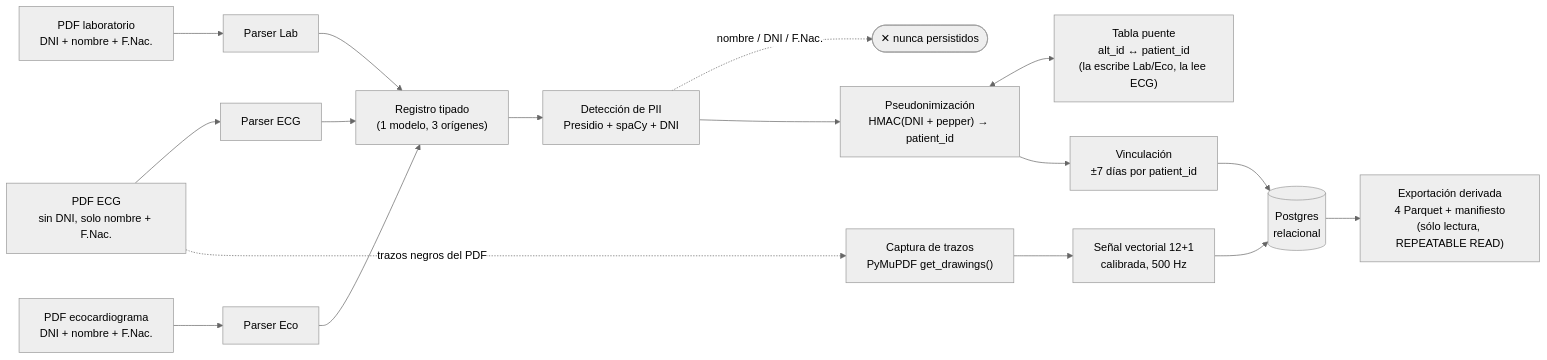
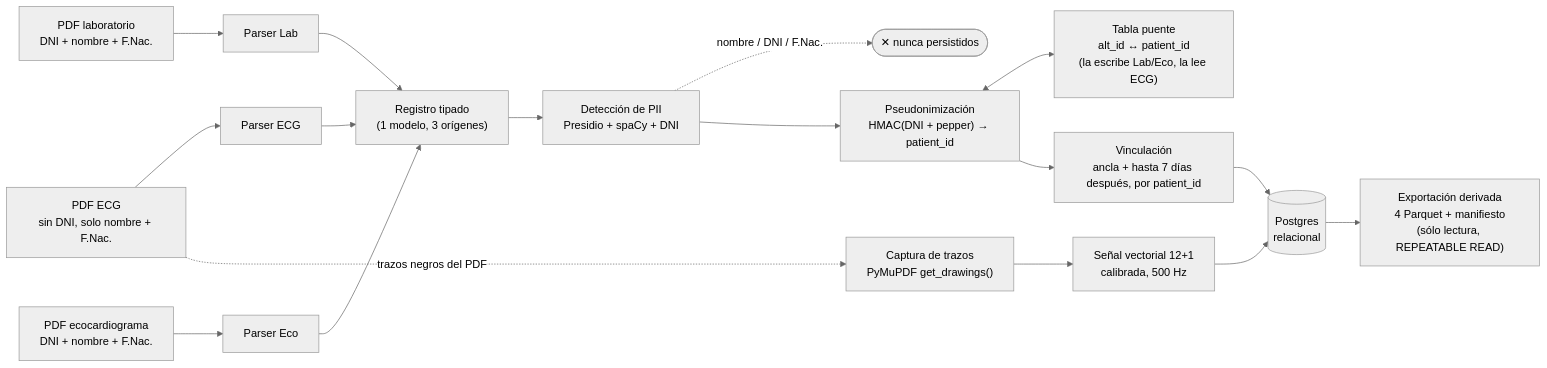
Before and after one commit to luchoaquinopla/Anonimizacion: the diagram in docs/pipeline.md, drawn with Mermaid (neutral theme). The commit also changed other lines of this file and 6 other files, not shown here.

````diff
--- a/docs/pipeline.md
+++ b/docs/pipeline.md
@@ -11,26 +11,26 @@
 ```mermaid
 flowchart LR
     E["PDF ECG<br/>sin DNI, solo nombre + F.Nac."] --> EP["Parser ECG"]
     L["PDF laboratorio<br/>DNI + nombre + F.Nac."] --> LP["Parser Lab"]
     C["PDF ecocardiograma<br/>DNI + nombre + F.Nac."] --> CP["Parser Eco"]
 
     EP --> R["Registro tipado<br/>(1 modelo, 3 orígenes)"]
     LP --> R
     CP --> R
 
     R --> PII["Detección de PII<br/>Presidio + spaCy + DNI"]
     PII -. "nombre / DNI / F.Nac." .-> DISCARD(["✕ nunca persistidos"])
 
     PII --> PSEUDO["Pseudonimización<br/>HMAC(DNI + pepper) → patient_id"]
     PSEUDO <--> BRIDGE["Tabla puente<br/>alt_id ↔ patient_id<br/>(la escribe Lab/Eco, la lee ECG)"]
 
-    PSEUDO --> LINK["Vinculación<br/>±7 días por patient_id"]
+    PSEUDO --> LINK["Vinculación<br/>ancla + hasta 7 días después, por patient_id"]
 
     LINK --> PG[("Postgres<br/>relacional")]
 
     E -. "trazos negros del PDF" .-> TRAZOS["Captura de trazos<br/>PyMuPDF get_drawings()"]
     TRAZOS --> SENAL["Señal vectorial 12+1<br/>calibrada, 500 Hz"]
     SENAL --> PG
 
     PG --> EXPORT["Exportación derivada<br/>4 Parquet + manifiesto<br/>(sólo lectura, REPEATABLE READ)"]
 ```
````
